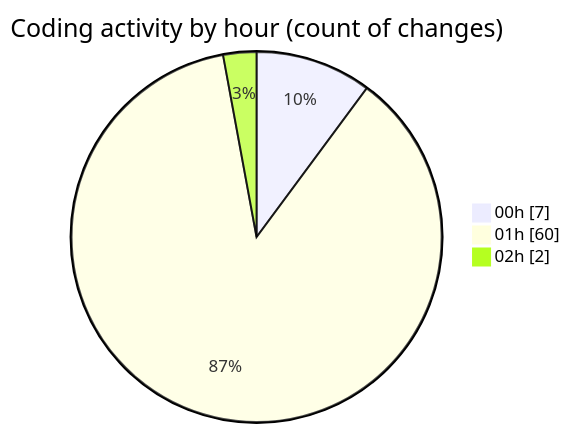
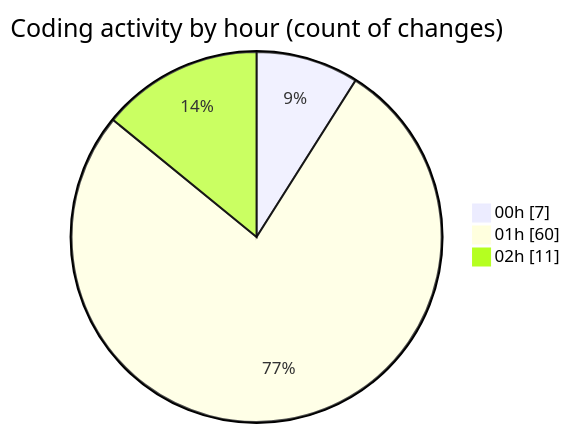
One commit to julien-gomy/code-tracking changed the second of 2 diagrams in 2025-10-07/eventscop-frontend-guide__workspace_/README.md. Above: the diagram before and after it, drawn with Mermaid. The commit also changed other lines of this file and 1 other file, not shown here.

````diff
--- a/2025-10-07/eventscop-frontend-guide__workspace_/README.md
+++ b/2025-10-07/eventscop-frontend-guide__workspace_/README.md
@@ -73,7 +74,7 @@
 ```mermaid
 pie showData
 title Coding activity by hour (count of changes)
 "00h" : 7
 "01h" : 60
-"02h" : 2
+"02h" : 11
 ```
````
